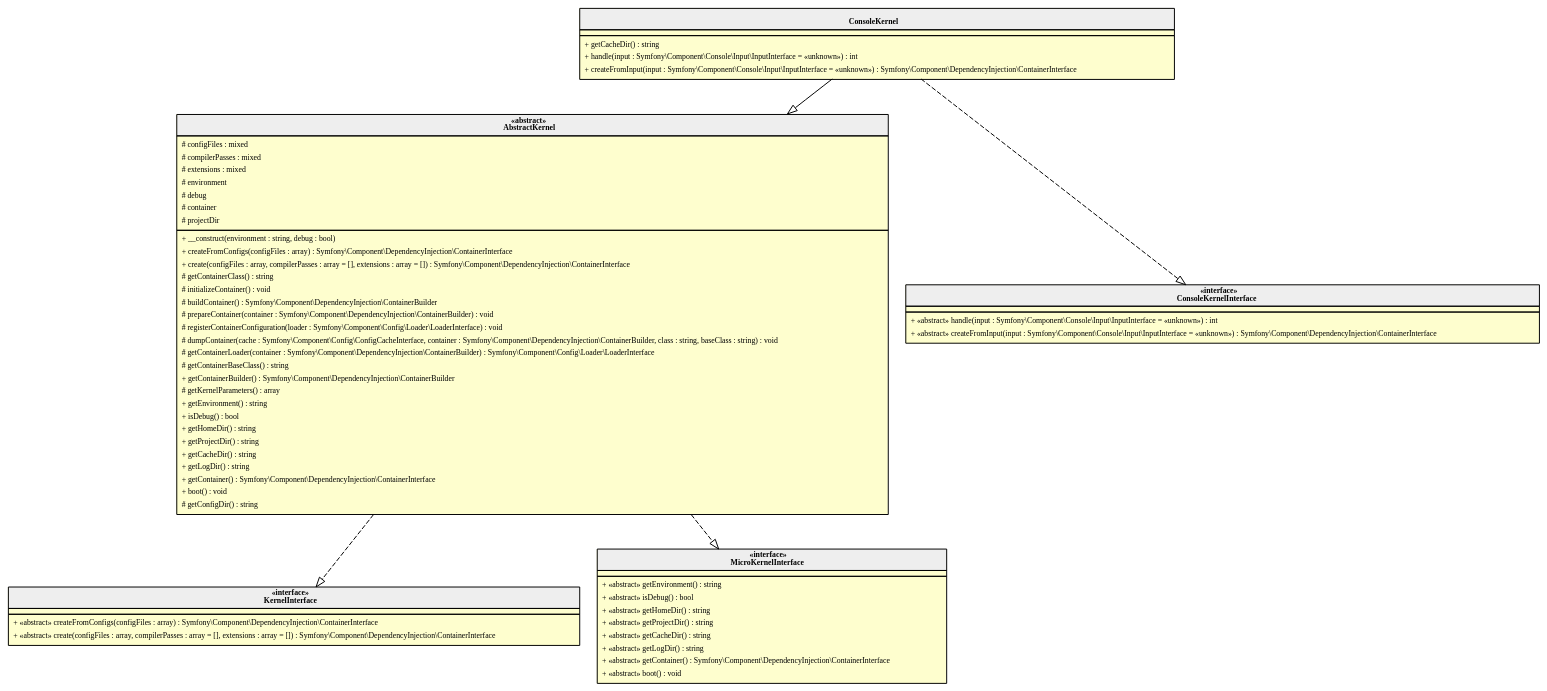
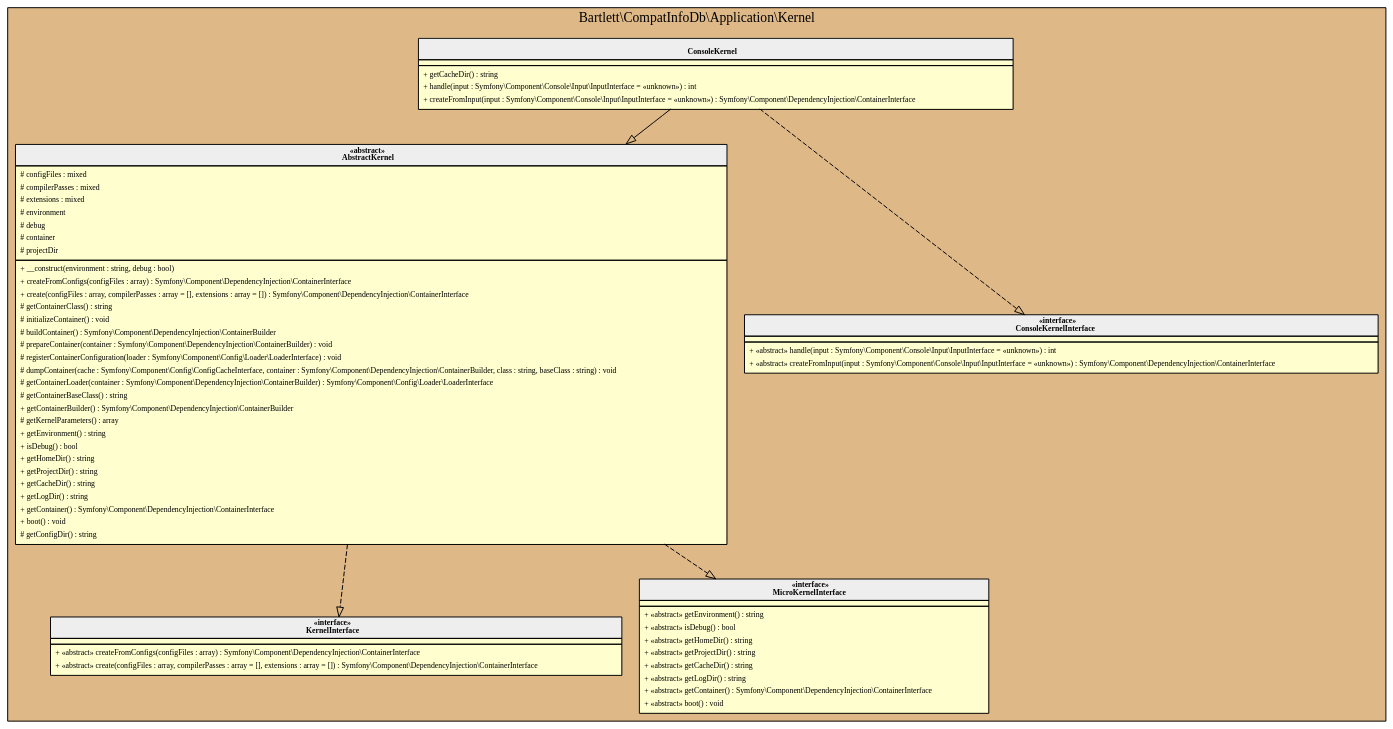
Before and after one commit to llaville/php-compatinfo-db: the diagram in 6.1/assets/images/kernel_application_archi.html.gv, drawn with Graphviz. The commit also changed 11 other files, not shown here.

```diff
--- a/6.1/assets/images/kernel_application_archi.html.gv
+++ b/6.1/assets/images/kernel_application_archi.html.gv
@@ -1,89 +1,93 @@
 digraph {
   graph [name="G" overlap="false" rankdir="TB" bgcolor="transparent"]
   node [fontname="Verdana" fontsize=8 shape="none" margin=0 fillcolor="#FEFECE" style="filled"]
   edge [fontname="Verdana" fontsize=8]
-  "Bartlett\\CompatInfoDb\\Application\\Kernel\\ConsoleKernel" [shape="none" label=<
+  subgraph cluster_0 {
+    graph [bgcolor="BurlyWood"]
+    label = "Bartlett\\CompatInfoDb\\Application\\Kernel"
+    "Bartlett\\CompatInfoDb\\Application\\Kernel\\ConsoleKernel" [shape="none" label=<
 <table cellspacing="0" border="0" cellborder="1">
     <tr><td bgcolor="#eeeeee"><b><br/>ConsoleKernel</b></td></tr>
     <tr><td></td></tr>
     <tr><td><table border="0" cellspacing="0" cellpadding="2">
     <tr><td align="left">+ getCacheDir() : string</td></tr>
     <tr><td align="left">+ handle(input : Symfony\\Component\\Console\\Input\\InputInterface = «unknown») : int</td></tr>
     <tr><td align="left">+ createFromInput(input : Symfony\\Component\\Console\\Input\\InputInterface = «unknown») : Symfony\\Component\\DependencyInjection\\ContainerInterface</td></tr>
 </table></td></tr>
 </table>>]
-  "Bartlett\\CompatInfoDb\\Application\\Kernel\\AbstractKernel" [shape="none" label=<
+    "Bartlett\\CompatInfoDb\\Application\\Kernel\\AbstractKernel" [shape="none" label=<
 <table cellspacing="0" border="0" cellborder="1">
     <tr><td bgcolor="#eeeeee"><b>«abstract»<br/>AbstractKernel</b></td></tr>
     <tr><td><table border="0" cellspacing="0" cellpadding="2">
     <tr><td align="left"># configFiles : mixed</td></tr>
     <tr><td align="left"># compilerPasses : mixed</td></tr>
     <tr><td align="left"># extensions : mixed</td></tr>
     <tr><td align="left"># environment</td></tr>
     <tr><td align="left"># debug</td></tr>
     <tr><td align="left"># container</td></tr>
     <tr><td align="left"># projectDir</td></tr>
 </table></td></tr>
     <tr><td><table border="0" cellspacing="0" cellpadding="2">
     <tr><td align="left">+ __construct(environment : string, debug : bool)</td></tr>
     <tr><td align="left">+ createFromConfigs(configFiles : array) : Symfony\\Component\\DependencyInjection\\ContainerInterface</td></tr>
     <tr><td align="left">+ create(configFiles : array, compilerPasses : array = [], extensions : array = []) : Symfony\\Component\\DependencyInjection\\ContainerInterface</td></tr>
     <tr><td align="left"># getContainerClass() : string</td></tr>
     <tr><td align="left"># initializeContainer() : void</td></tr>
     <tr><td align="left"># buildContainer() : Symfony\\Component\\DependencyInjection\\ContainerBuilder</td></tr>
     <tr><td align="left"># prepareContainer(container : Symfony\\Component\\DependencyInjection\\ContainerBuilder) : void</td></tr>
     <tr><td align="left"># registerContainerConfiguration(loader : Symfony\\Component\\Config\\Loader\\LoaderInterface) : void</td></tr>
     <tr><td align="left"># dumpContainer(cache : Symfony\\Component\\Config\\ConfigCacheInterface, container : Symfony\\Component\\DependencyInjection\\ContainerBuilder, class : string, baseClass : string) : void</td></tr>
     <tr><td align="left"># getContainerLoader(container : Symfony\\Component\\DependencyInjection\\ContainerBuilder) : Symfony\\Component\\Config\\Loader\\LoaderInterface</td></tr>
     <tr><td align="left"># getContainerBaseClass() : string</td></tr>
     <tr><td align="left">+ getContainerBuilder() : Symfony\\Component\\DependencyInjection\\ContainerBuilder</td></tr>
     <tr><td align="left"># getKernelParameters() : array</td></tr>
     <tr><td align="left">+ getEnvironment() : string</td></tr>
     <tr><td align="left">+ isDebug() : bool</td></tr>
     <tr><td align="left">+ getHomeDir() : string</td></tr>
     <tr><td align="left">+ getProjectDir() : string</td></tr>
     <tr><td align="left">+ getCacheDir() : string</td></tr>
     <tr><td align="left">+ getLogDir() : string</td></tr>
     <tr><td align="left">+ getContainer() : Symfony\\Component\\DependencyInjection\\ContainerInterface</td></tr>
     <tr><td align="left">+ boot() : void</td></tr>
     <tr><td align="left"># getConfigDir() : string</td></tr>
 </table></td></tr>
 </table>>]
-  "Bartlett\\CompatInfoDb\\Application\\Kernel\\KernelInterface" [shape="none" label=<
+    "Bartlett\\CompatInfoDb\\Application\\Kernel\\KernelInterface" [shape="none" label=<
 <table cellspacing="0" border="0" cellborder="1">
     <tr><td bgcolor="#eeeeee"><b>«interface»<br/>KernelInterface</b></td></tr>
     <tr><td></td></tr>
     <tr><td><table border="0" cellspacing="0" cellpadding="2">
     <tr><td align="left">+ «abstract» createFromConfigs(configFiles : array) : Symfony\\Component\\DependencyInjection\\ContainerInterface</td></tr>
     <tr><td align="left">+ «abstract» create(configFiles : array, compilerPasses : array = [], extensions : array = []) : Symfony\\Component\\DependencyInjection\\ContainerInterface</td></tr>
 </table></td></tr>
 </table>>]
-  "Bartlett\\CompatInfoDb\\Application\\Kernel\\MicroKernelInterface" [shape="none" label=<
+    "Bartlett\\CompatInfoDb\\Application\\Kernel\\MicroKernelInterface" [shape="none" label=<
 <table cellspacing="0" border="0" cellborder="1">
     <tr><td bgcolor="#eeeeee"><b>«interface»<br/>MicroKernelInterface</b></td></tr>
     <tr><td></td></tr>
     <tr><td><table border="0" cellspacing="0" cellpadding="2">
     <tr><td align="left">+ «abstract» getEnvironment() : string</td></tr>
     <tr><td align="left">+ «abstract» isDebug() : bool</td></tr>
     <tr><td align="left">+ «abstract» getHomeDir() : string</td></tr>
     <tr><td align="left">+ «abstract» getProjectDir() : string</td></tr>
     <tr><td align="left">+ «abstract» getCacheDir() : string</td></tr>
     <tr><td align="left">+ «abstract» getLogDir() : string</td></tr>
     <tr><td align="left">+ «abstract» getContainer() : Symfony\\Component\\DependencyInjection\\ContainerInterface</td></tr>
     <tr><td align="left">+ «abstract» boot() : void</td></tr>
 </table></td></tr>
 </table>>]
-  "Bartlett\\CompatInfoDb\\Application\\Kernel\\ConsoleKernelInterface" [shape="none" label=<
+    "Bartlett\\CompatInfoDb\\Application\\Kernel\\ConsoleKernelInterface" [shape="none" label=<
 <table cellspacing="0" border="0" cellborder="1">
     <tr><td bgcolor="#eeeeee"><b>«interface»<br/>ConsoleKernelInterface</b></td></tr>
     <tr><td></td></tr>
     <tr><td><table border="0" cellspacing="0" cellpadding="2">
     <tr><td align="left">+ «abstract» handle(input : Symfony\\Component\\Console\\Input\\InputInterface = «unknown») : int</td></tr>
     <tr><td align="left">+ «abstract» createFromInput(input : Symfony\\Component\\Console\\Input\\InputInterface = «unknown») : Symfony\\Component\\DependencyInjection\\ContainerInterface</td></tr>
 </table></td></tr>
 </table>>]
+  }
   "Bartlett\\CompatInfoDb\\Application\\Kernel\\AbstractKernel" -> "Bartlett\\CompatInfoDb\\Application\\Kernel\\KernelInterface" [arrowhead="empty" style="dashed"]
   "Bartlett\\CompatInfoDb\\Application\\Kernel\\AbstractKernel" -> "Bartlett\\CompatInfoDb\\Application\\Kernel\\MicroKernelInterface" [arrowhead="empty" style="dashed"]
   "Bartlett\\CompatInfoDb\\Application\\Kernel\\ConsoleKernel" -> "Bartlett\\CompatInfoDb\\Application\\Kernel\\AbstractKernel" [arrowhead="empty" style="filled"]
   "Bartlett\\CompatInfoDb\\Application\\Kernel\\ConsoleKernel" -> "Bartlett\\CompatInfoDb\\Application\\Kernel\\ConsoleKernelInterface" [arrowhead="empty" style="dashed"]
 }
```
